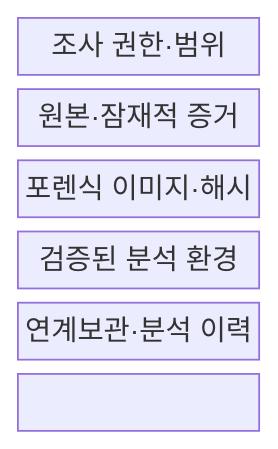
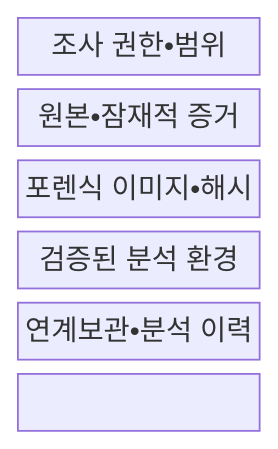
Before and after one commit to agnusdei1207/knowledge-base: the first of 2 diagrams in src/content/docs/notes/05-security/114_digital_forensics.md, drawn with Mermaid. The commit also changed other lines of this file and 953 other files, not shown here.

````diff
--- a/src/content/docs/notes/05-security/114_digital_forensics.md
+++ b/src/content/docs/notes/05-security/114_digital_forensics.md
@@ -65,11 +65,11 @@
 ```mermaid
 block-beta
   columns 1
-  A["조사 권한·범위"]
-  O["원본·잠재적 증거"]
-  C["포렌식 이미지·해시"]
+  A["조사 권한•범위"]
+  O["원본•잠재적 증거"]
+  C["포렌식 이미지•해시"]
   E["검증된 분석 환경"]
-  H["연계보관·분석 이력"]
+  H["연계보관•분석 이력"]
   A --- O --- C
   C --- E --- H
 ```
````
